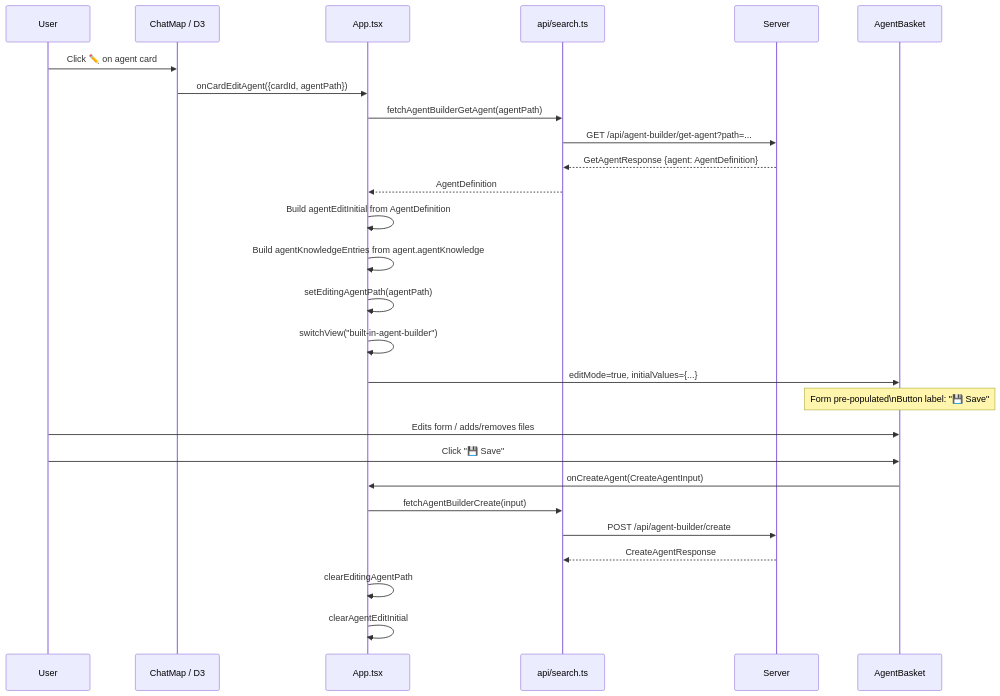
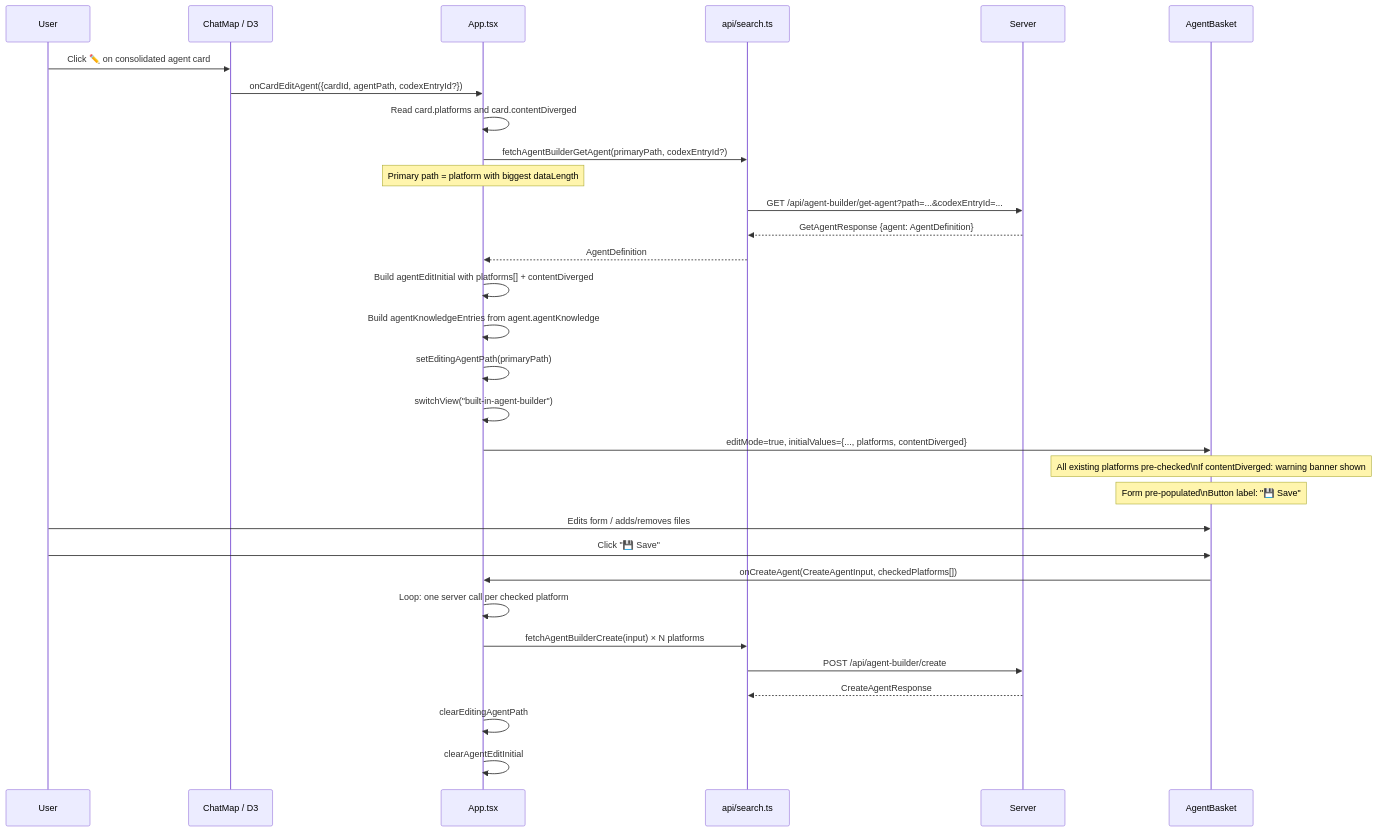
One commit to Kyliathy/context-core changed the eighth of 11 diagrams in visualizer/zz-reach2/architecture/agents/archi-agent-builder-ui.md. Above: the diagram before and after it, drawn with Mermaid. The commit also changed other lines of this file and 23 other files, not shown here.

First line of the commit message:
feat(agent-builder): add Codex agent support and improve multi-path handling

````diff
--- a/visualizer/zz-reach2/architecture/agents/archi-agent-builder-ui.md
+++ b/visualizer/zz-reach2/architecture/agents/archi-agent-builder-ui.md
@@ -359,30 +383,34 @@
 ```mermaid
 sequenceDiagram
     participant U as User
     participant CM as ChatMap / D3
     participant APP as App.tsx
     participant API as api/search.ts
     participant SRV as Server
     participant BASK as AgentBasket
 
-    U->>CM: Click ✏️ on agent card
-    CM->>APP: onCardEditAgent({cardId, agentPath})
-    APP->>API: fetchAgentBuilderGetAgent(agentPath)
-    API->>SRV: GET /api/agent-builder/get-agent?path=...
+    U->>CM: Click ✏️ on consolidated agent card
+    CM->>APP: onCardEditAgent({cardId, agentPath, codexEntryId?})
+    APP->>APP: Read card.platforms and card.contentDiverged
+    APP->>API: fetchAgentBuilderGetAgent(primaryPath, codexEntryId?)
+    Note over APP: Primary path = platform with biggest dataLength
+    API->>SRV: GET /api/agent-builder/get-agent?path=...&codexEntryId=...
     SRV-->>API: GetAgentResponse {agent: AgentDefinition}
     API-->>APP: AgentDefinition
-    APP->>APP: Build agentEditInitial from AgentDefinition
+    APP->>APP: Build agentEditInitial with platforms[] + contentDiverged
     APP->>APP: Build agentKnowledgeEntries from agent.agentKnowledge
-    APP->>APP: setEditingAgentPath(agentPath)
+    APP->>APP: setEditingAgentPath(primaryPath)
     APP->>APP: switchView("built-in-agent-builder")
-    APP->>BASK: editMode=true, initialValues={...}
+    APP->>BASK: editMode=true, initialValues={..., platforms, contentDiverged}
+    Note over BASK: All existing platforms pre-checked\nIf contentDiverged: warning banner shown
     Note over BASK: Form pre-populated\nButton label: "💾 Save"
     U->>BASK: Edits form / adds/removes files
     U->>BASK: Click "💾 Save"
-    BASK->>APP: onCreateAgent(CreateAgentInput)
-    APP->>API: fetchAgentBuilderCreate(input)
+    BASK->>APP: onCreateAgent(CreateAgentInput, checkedPlatforms[])
+    APP->>APP: Loop: one server call per checked platform
+    APP->>API: fetchAgentBuilderCreate(input) × N platforms
     API->>SRV: POST /api/agent-builder/create
     SRV-->>API: CreateAgentResponse
     APP->>APP: clearEditingAgentPath
     APP->>APP: clearAgentEditInitial
 ```
````
